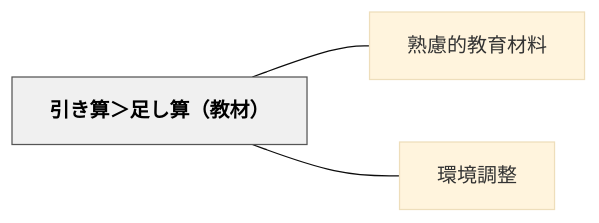
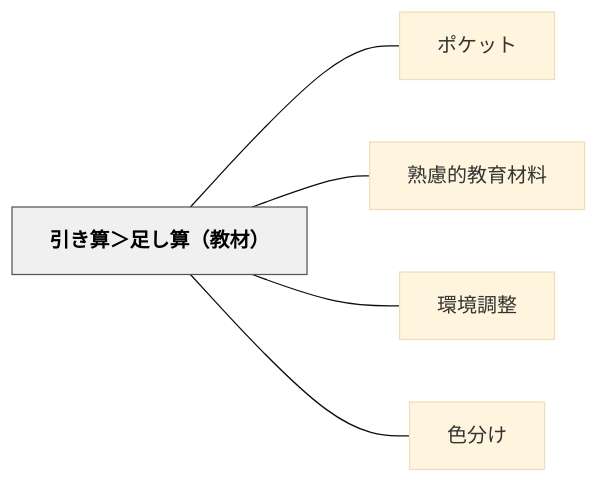
One commit to unknownthings-ed-patterns/unknownthings-ed-patterns changed the diagram in content/パタン/引き算＞足し算（教材）.md. Above: the diagram before and after it, drawn with Mermaid (base theme). The commit also changed other lines of this file and 473 other files, not shown here.

````diff
--- a/content/パタン/引き算＞足し算（教材）.md
+++ b/content/パタン/引き算＞足し算（教材）.md
@@ -44,12 +46,16 @@
 ```mermaid
 flowchart LR
     ne5bc95e3818d["引き算＞足し算（教材）"]
+    ne3839de382b1["ポケット"]
     ne7869fe685ae["熟慮的教育材料"]
     ne792b0e5a283["環境調整"]
+    ne889b2e58886["色分け"]
 
+    ne5bc95e3818d --- ne3839de382b1
     ne5bc95e3818d --- ne7869fe685ae
     ne5bc95e3818d --- ne792b0e5a283
+    ne5bc95e3818d --- ne889b2e58886
 
     classDef hub fill:#f0f0f0,stroke:#555,color:#000,font-weight:bold
     class ne5bc95e3818d hub
 ```
````
